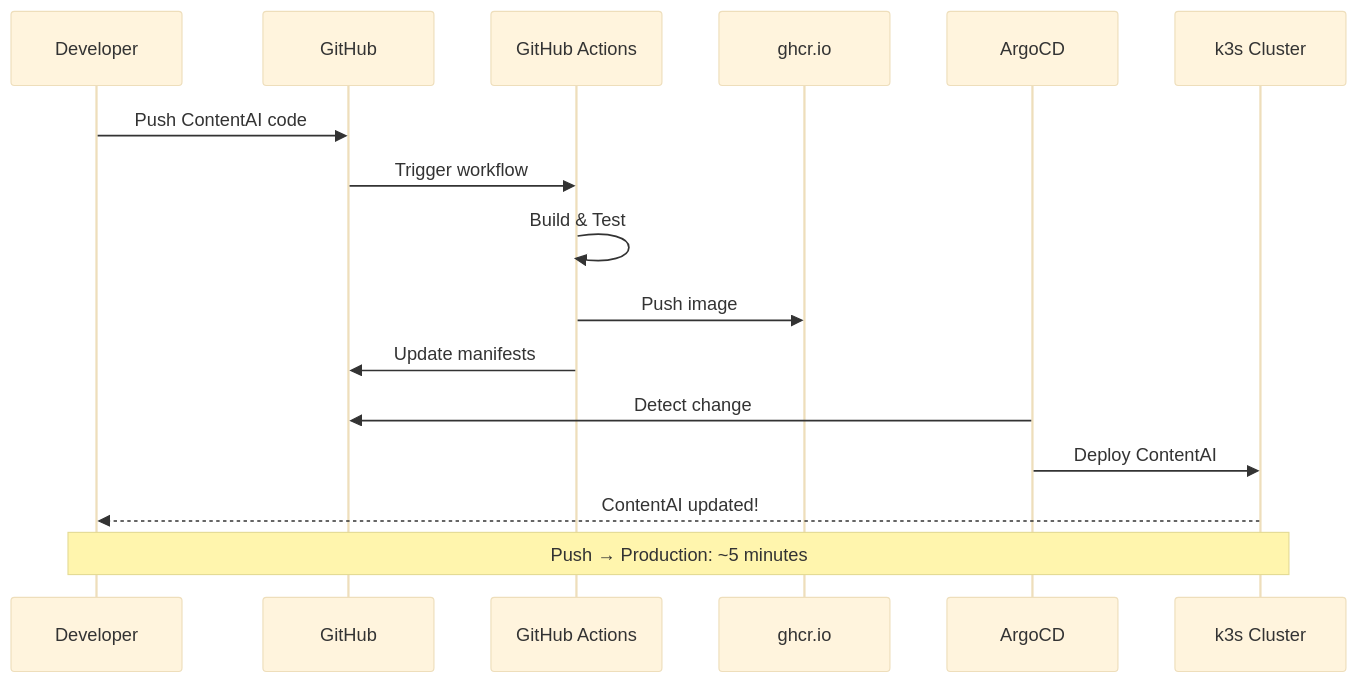
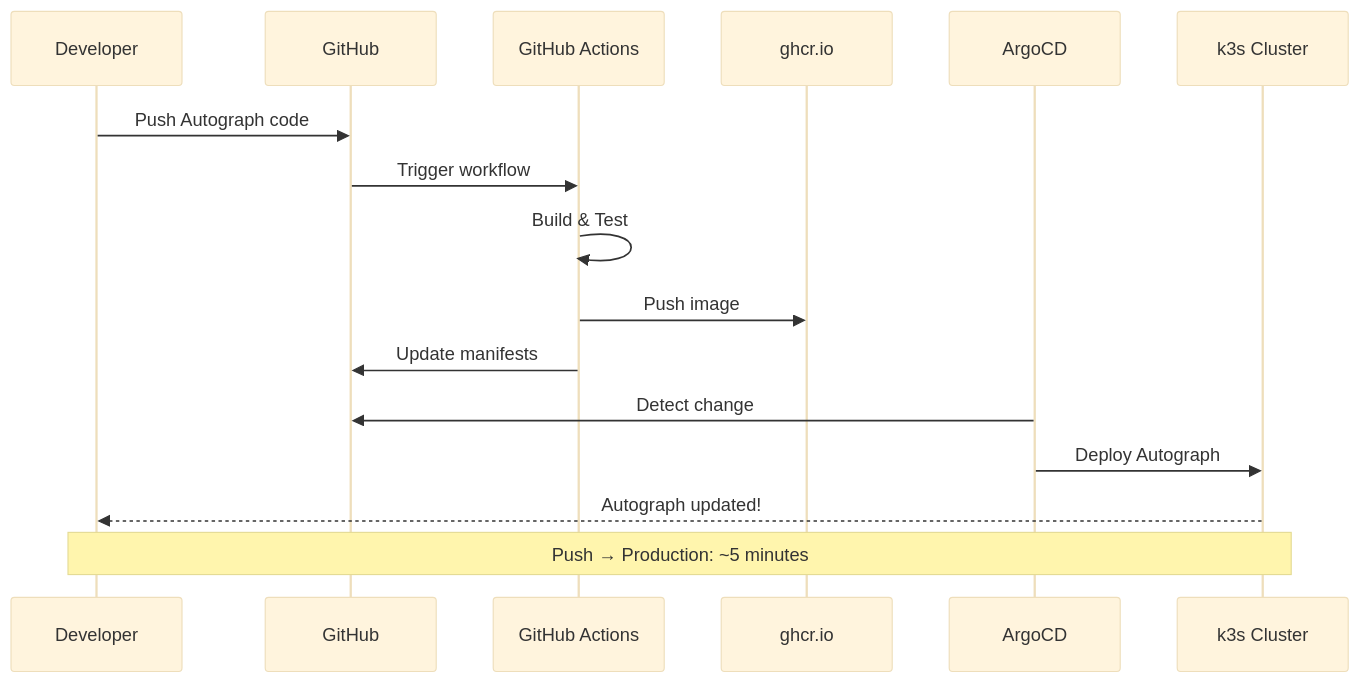
One commit to PearlThoughtsInternship/Internship-Obsidian-Vault changed the sixth of 9 diagrams in DevOps/01-Product/03-Capabilities.md. Above: the diagram before and after it, drawn with Mermaid (base theme). The commit also changed other lines of this file and 8 other files, not shown here.

First line of the commit message:
rebrand: Complete ContentAI → Autograph rename across all docs

````diff
--- a/DevOps/01-Product/03-Capabilities.md
+++ b/DevOps/01-Product/03-Capabilities.md
@@ -196,21 +196,21 @@
 ```mermaid
 sequenceDiagram
     participant Dev as Developer
     participant Git as GitHub
     participant CI as GitHub Actions
     participant Reg as ghcr.io
     participant Argo as ArgoCD
     participant K8s as k3s Cluster
 
-    Dev->>Git: Push ContentAI code
+    Dev->>Git: Push Autograph code
     Git->>CI: Trigger workflow
     CI->>CI: Build & Test
     CI->>Reg: Push image
     CI->>Git: Update manifests
 
     Argo->>Git: Detect change
-    Argo->>K8s: Deploy ContentAI
-    K8s-->>Dev: ContentAI updated!
+    Argo->>K8s: Deploy Autograph
+    K8s-->>Dev: Autograph updated!
 
     Note over Dev,K8s: Push → Production: ~5 minutes
 ```
````
